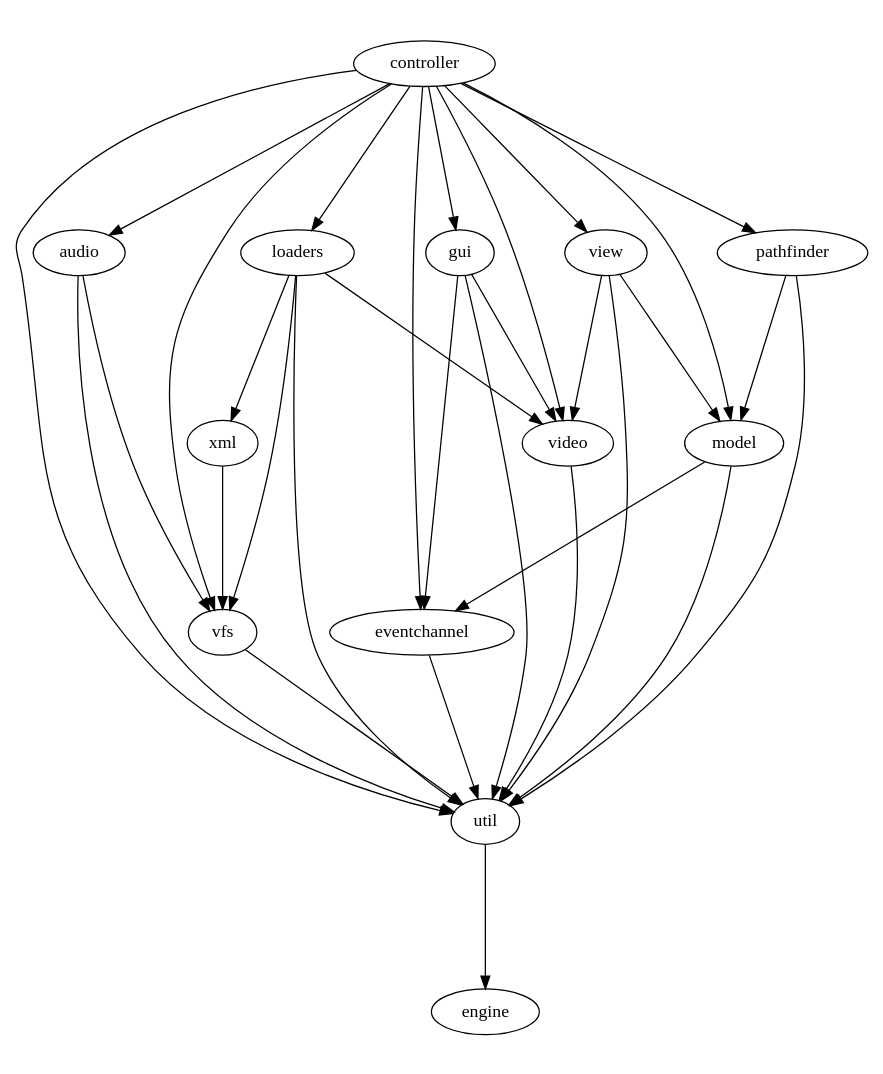
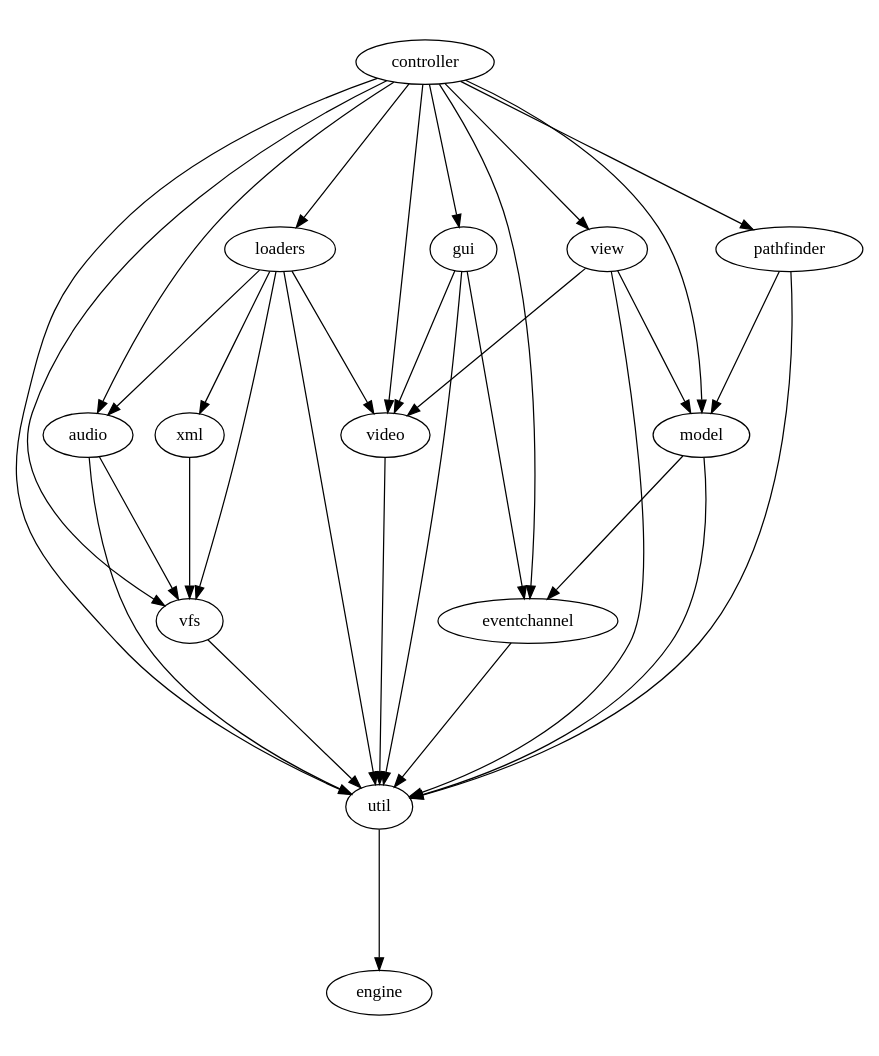
The diagram in doc/dependencies/moduledeps.dot (fifengine/fifengine), drawn with Graphviz before and after one commit. The commit also changed 11 other files, not shown here.

Commit message:
Moved audio loaders to loaders module. Audio now fits the new resource model.

```diff
--- a/doc/dependencies/moduledeps.dot
+++ b/doc/dependencies/moduledeps.dot
@@ -1,39 +1,40 @@
 digraph "source tree" {
     overlap=scale;
     size="8,10";
     ratio="fill";
     fontsize="16";
     fontname="Helvetica";
     clusterrank="local";
     "audio" -> "util"
     "audio" -> "vfs"
     "controller" -> "audio"
     "controller" -> "eventchannel"
     "controller" -> "gui"
     "controller" -> "loaders"
     "controller" -> "model"
     "controller" -> "pathfinder"
     "controller" -> "util"
     "controller" -> "vfs"
     "controller" -> "video"
     "controller" -> "view"
     "eventchannel" -> "util"
     "gui" -> "eventchannel"
     "gui" -> "util"
     "gui" -> "video"
+    "loaders" -> "audio"
     "loaders" -> "util"
     "loaders" -> "vfs"
     "loaders" -> "video"
     "loaders" -> "xml"
     "model" -> "eventchannel"
     "model" -> "util"
     "pathfinder" -> "model"
     "pathfinder" -> "util"
     "util" -> "engine"
     "vfs" -> "util"
     "video" -> "util"
     "view" -> "model"
     "view" -> "util"
     "view" -> "video"
     "xml" -> "vfs"
 }
```
